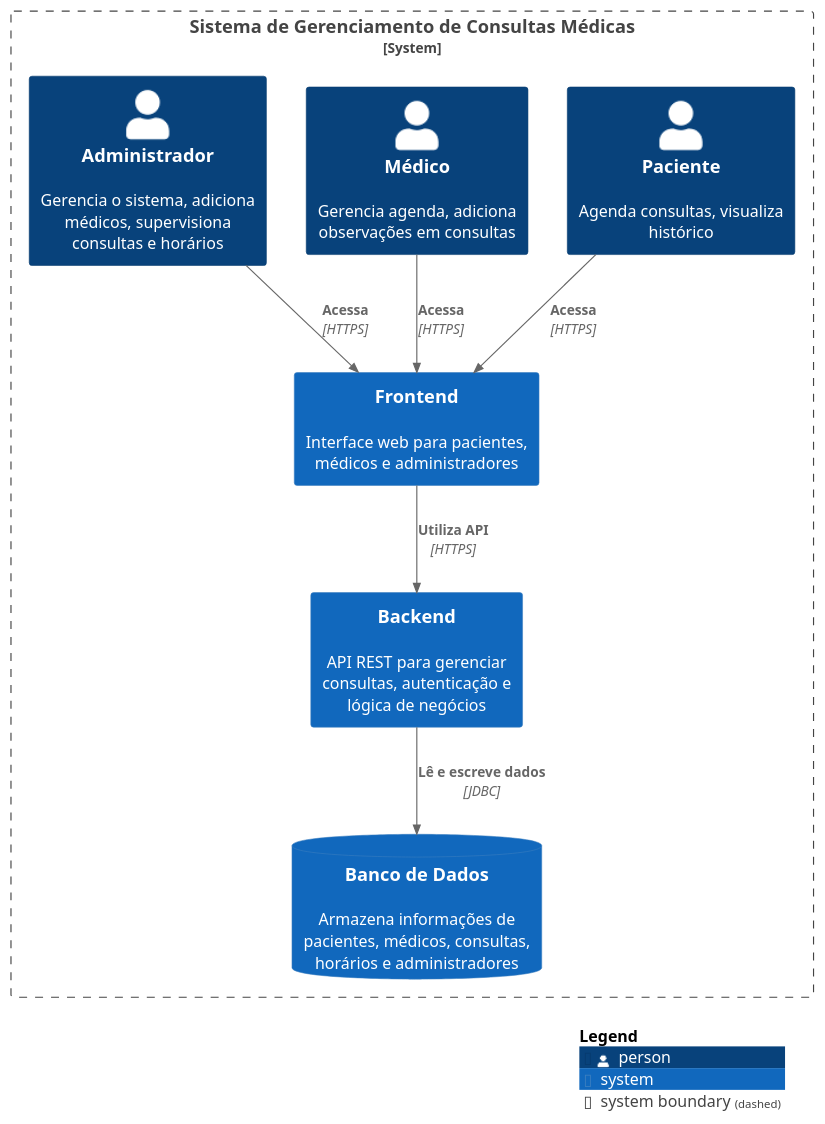
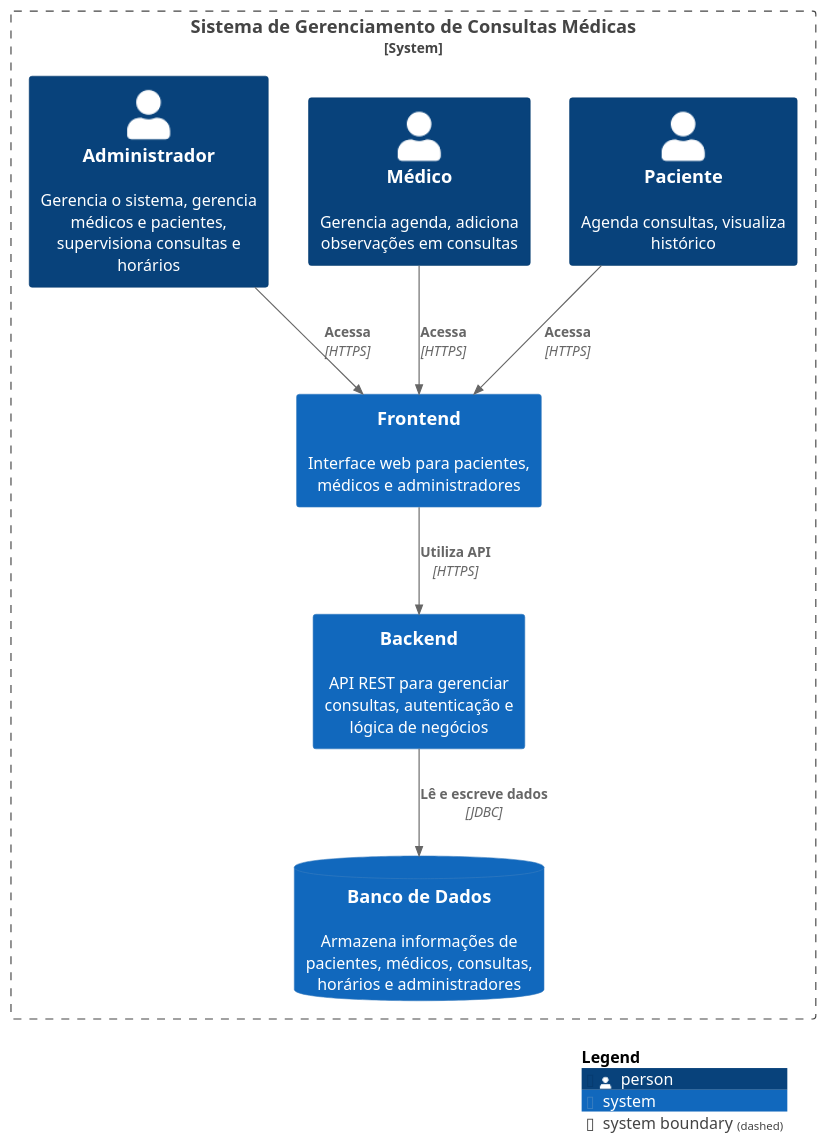
One commit to pauloDiego-sudo/Sistema_Banco_De_Dados changed the diagram in architeture/C4/context.puml. Above: the diagram before and after it, drawn with PlantUML. The commit also changed 2 other files, not shown here.

```diff
--- a/architeture/C4/context.puml
+++ b/architeture/C4/context.puml
@@ -1,28 +1,28 @@
 @startuml C4_Contexto_Consultas_Medicas
 
 !include <C4/C4_Context>
 
 
 SHOW_LEGEND()
 
 System_Boundary(c1, "Sistema de Gerenciamento de Consultas Médicas") {
 
   Person(paciente, "Paciente", "Agenda consultas, visualiza histórico")
   Person(medico, "Médico", "Gerencia agenda, adiciona observações em consultas")
-  Person(admin, "Administrador", "Gerencia o sistema, adiciona médicos, supervisiona consultas e horários")
+  Person(admin, "Administrador", "Gerencia o sistema, gerencia médicos e pacientes, supervisiona consultas e horários")
 
   System(frontend, "Frontend", "Interface web para pacientes, médicos e administradores")
   SystemDb(banco_dados, "Banco de Dados", "Armazena informações de pacientes, médicos, consultas, horários e administradores")
   System(backend, "Backend", "API REST para gerenciar consultas, autenticação e lógica de negócios")
 
 }
 
 Rel(paciente, frontend, "Acessa", "HTTPS")
 Rel(medico, frontend, "Acessa", "HTTPS")
 Rel(admin, frontend, "Acessa", "HTTPS")
 Rel(frontend, backend, "Utiliza API", "HTTPS")
 Rel(backend, banco_dados, "Lê e escreve dados", "JDBC")
 
 SHOW_LEGEND()
 
 @enduml
```
